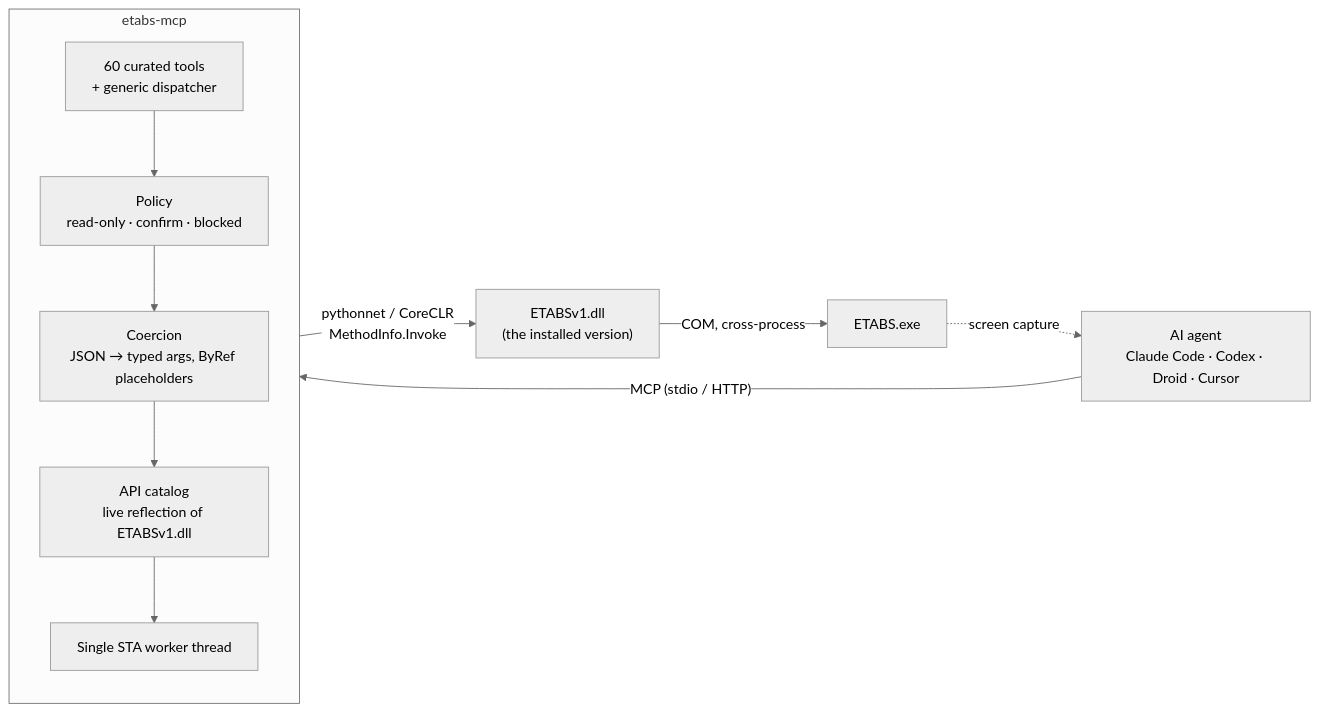
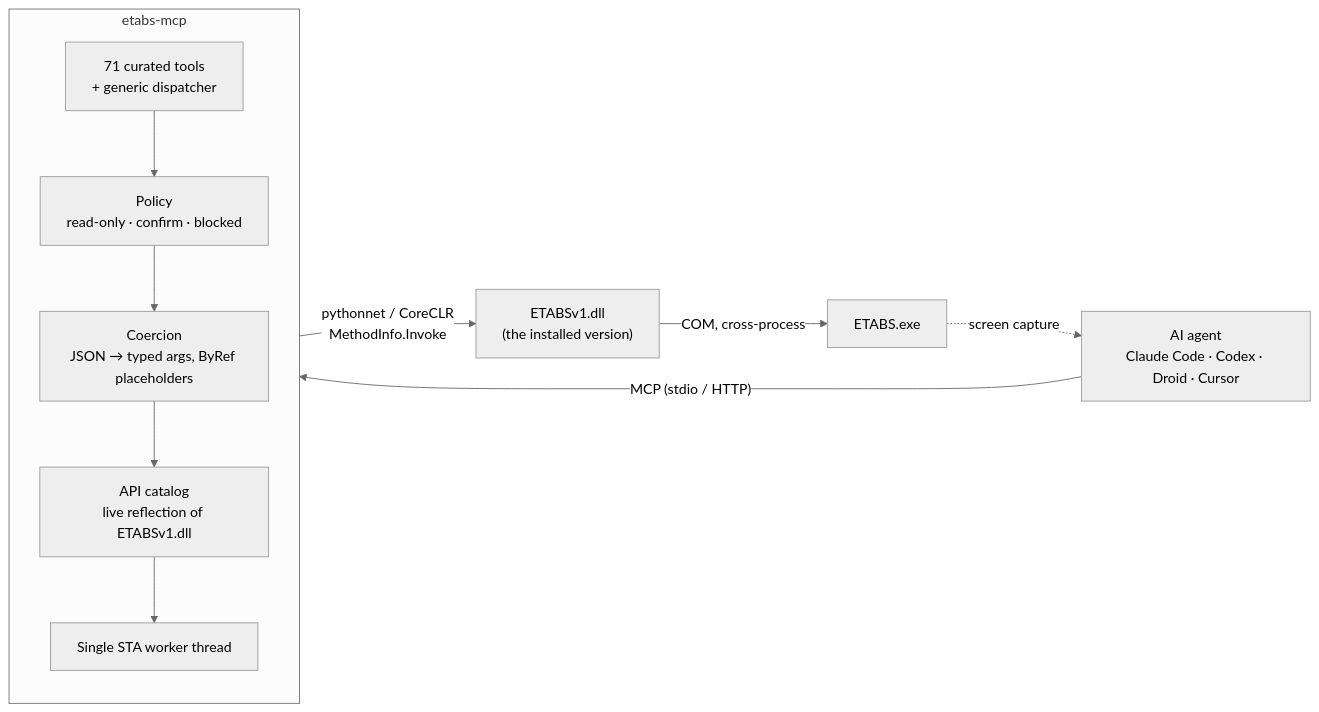
The diagram in README.md (Moha2005269/etabs-mcp), drawn with Mermaid (neutral theme) before and after one commit. The commit also changed other lines of this file and 27 other files, not shown here.

````diff
--- a/README.md
+++ b/README.md
@@ -250,16 +260,16 @@
 ```mermaid
 flowchart LR
     A["AI agent<br/>Claude Code · Codex · Droid · Cursor"] -- "MCP (stdio / HTTP)" --> S
 
     subgraph S["etabs-mcp"]
         direction TB
-        T["60 curated tools<br/>+ generic dispatcher"] --> P["Policy<br/>read-only · confirm · blocked"]
+        T["71 curated tools<br/>+ generic dispatcher"] --> P["Policy<br/>read-only · confirm · blocked"]
         P --> C["Coercion<br/>JSON → typed args, ByRef placeholders"]
         C --> K["API catalog<br/>live reflection of ETABSv1.dll"]
         K --> W["Single STA worker thread"]
     end
 
     W -- "pythonnet / CoreCLR<br/>MethodInfo.Invoke" --> D["ETABSv1.dll<br/>(the installed version)"]
     D -- "COM, cross-process" --> E["ETABS.exe"]
     E -. "screen capture" .-> A
 ```
````
